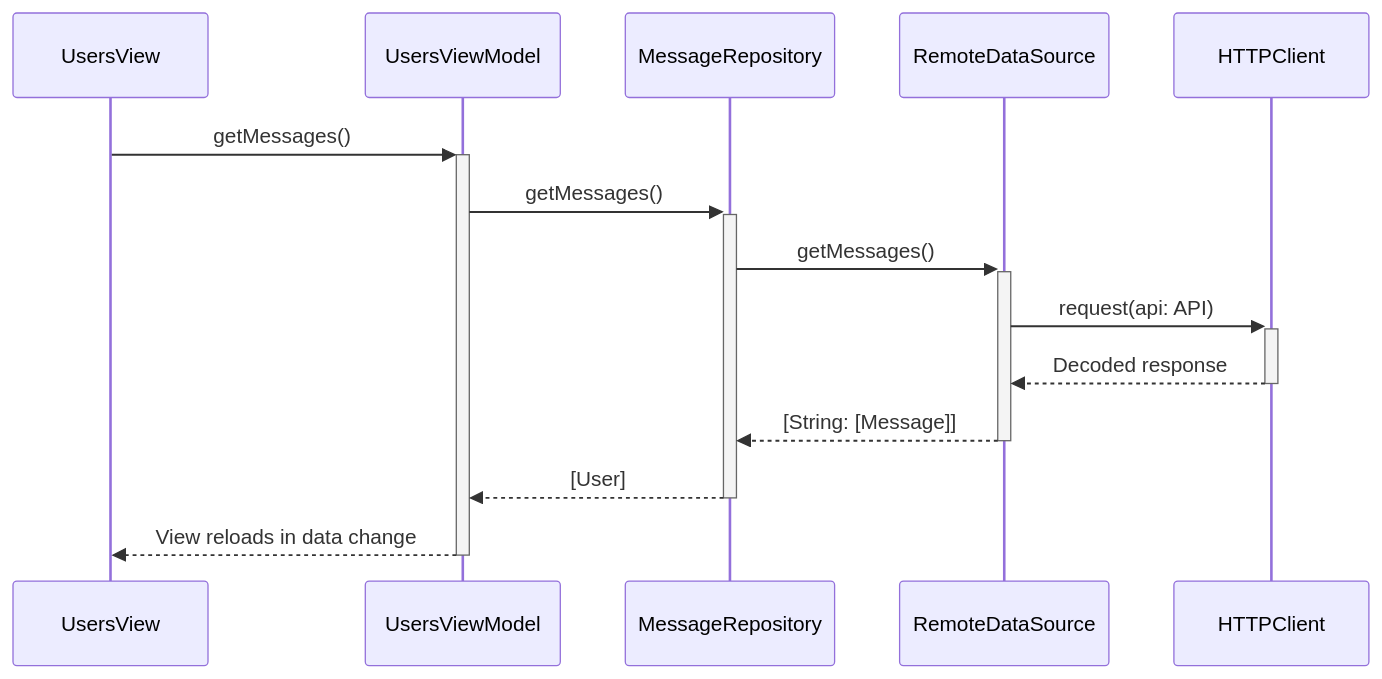
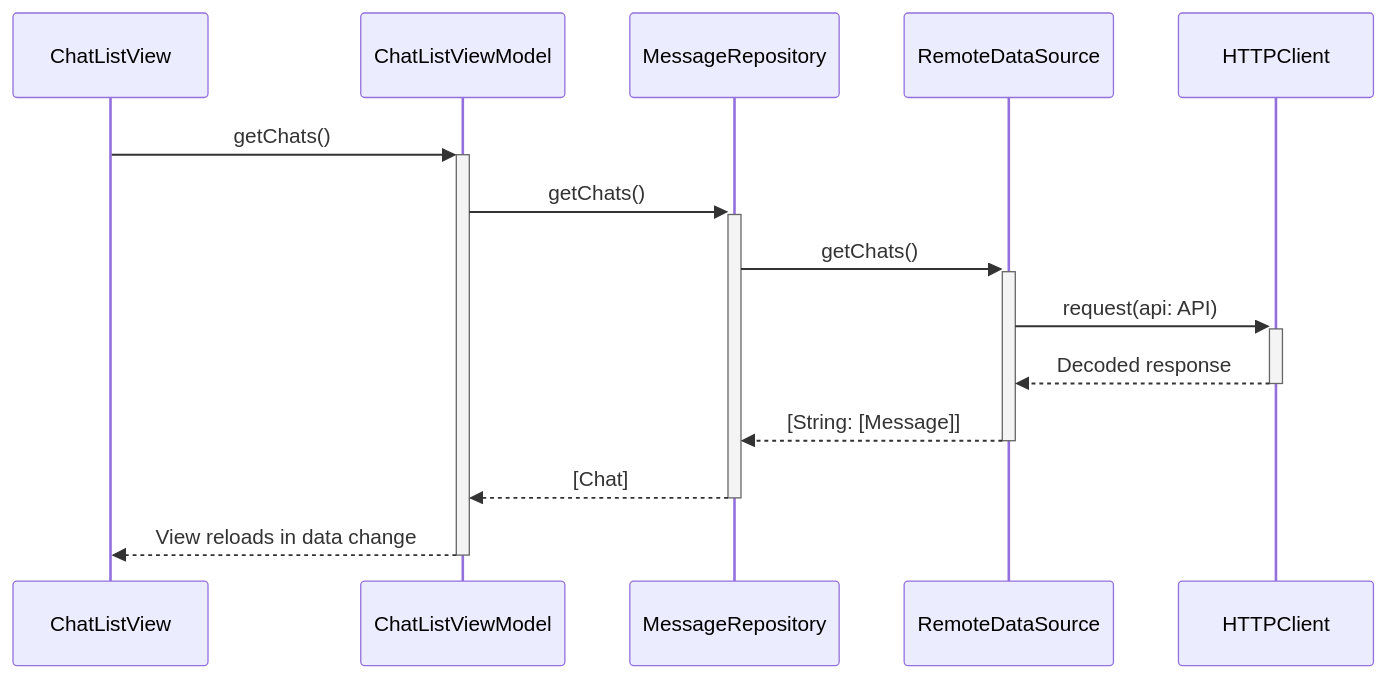
One commit to ignacioparadisi/lovevery-messages changed the third of 5 diagrams in README.md. Above: the diagram before and after it, drawn with Mermaid. The commit also changed other lines of this file, not shown here.

Commit message:
Update README.md to use Chat instead of User

````diff
--- a/README.md
+++ b/README.md
@@ -57,12 +57,12 @@
 ```mermaid
 sequenceDiagram
-  UsersView->>+UsersViewModel: getMessages()
-  UsersViewModel->>+MessageRepository: getMessages()
-  MessageRepository->>+RemoteDataSource: getMessages()
+  ChatListView->>+ChatListViewModel: getChats()
+  ChatListViewModel->>+MessageRepository: getChats()
+  MessageRepository->>+RemoteDataSource: getChats()
   RemoteDataSource->>+HTTPClient: request(api: API)
   HTTPClient-->>-RemoteDataSource: Decoded response
   RemoteDataSource-->>-MessageRepository: [String: [Message]]
-  MessageRepository-->>-UsersViewModel: [User]
-  UsersViewModel-->>-UsersView: View reloads in data change
+  MessageRepository-->>-ChatListViewModel: [Chat]
+  ChatListViewModel-->>-ChatListView: View reloads in data change
 
 ```
````
